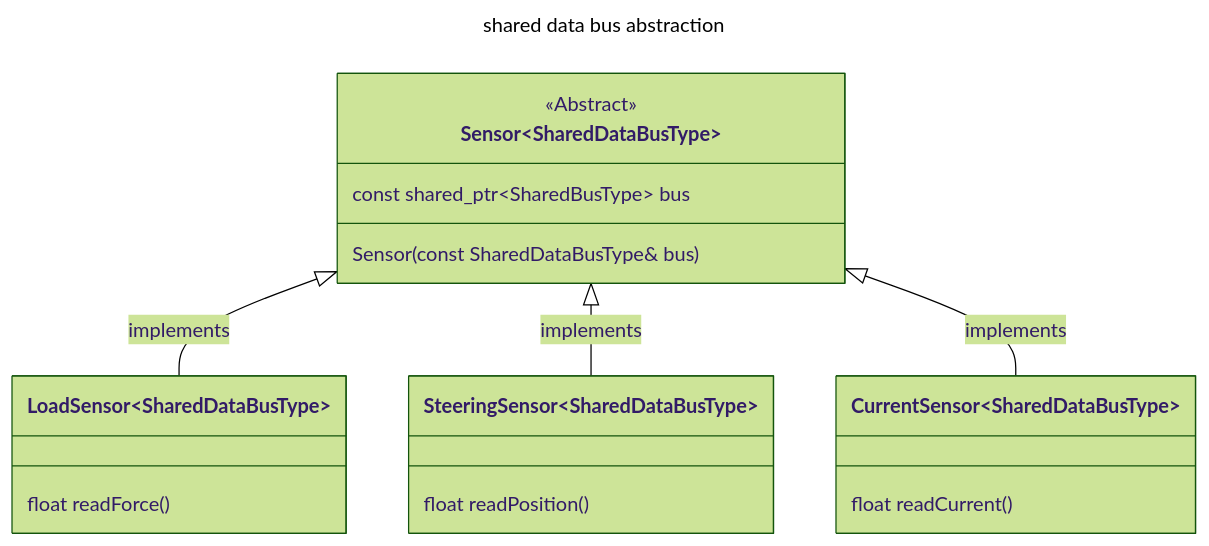
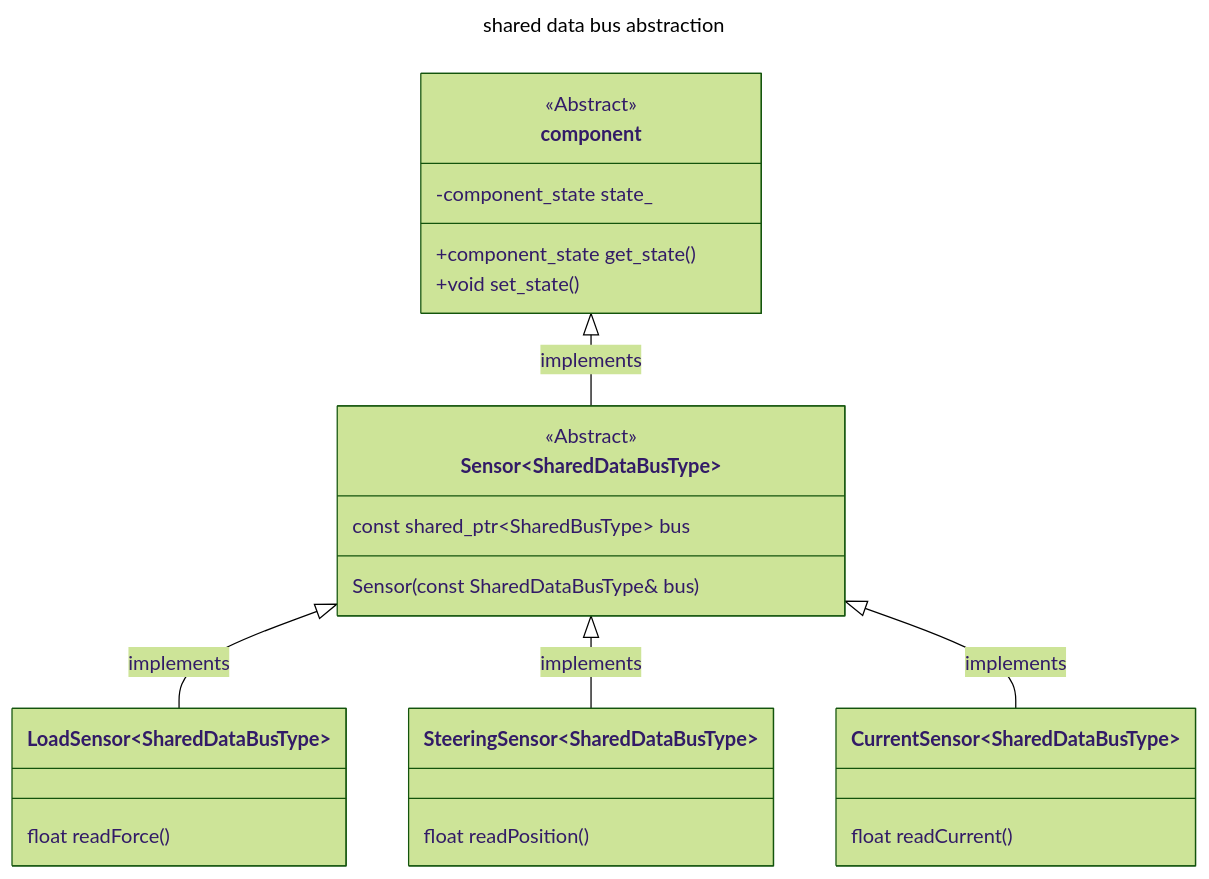
One commit to hytech-racing/MCU changed the third of 4 diagrams in README.md. Above: the diagram before and after it, drawn with Mermaid (forest theme). The commit also changed other lines of this file, not shown here.

Commit message:
adding more to sensor abstraction

````diff
--- a/README.md
+++ b/README.md
@@ -147,26 +150,33 @@
 ```mermaid
 ---
 title: shared data bus abstraction
 ---
 classDiagram
+    class component{
+        <<Abstract>>
+        -component_state state_
+        +component_state get_state()
+        +void set_state()
+    }
     
     class Sensor~SharedDataBusType~{
         <<Abstract>>
         const shared_ptr~SharedBusType~ bus
         Sensor<SharedDataBusType>(const SharedDataBusType& bus)
     }
 
     class SteeringSensor~SharedDataBusType~{
         float readPosition()
     }
     class LoadSensor~SharedDataBusType~{
         float readForce()
     }
     class CurrentSensor~SharedDataBusType~{
         float readCurrent()
     }
+    component <|-- Sensor : implements
     Sensor <|-- LoadSensor : implements
     Sensor <|-- SteeringSensor : implements
     Sensor <|-- CurrentSensor : implements
 
 ```
````
